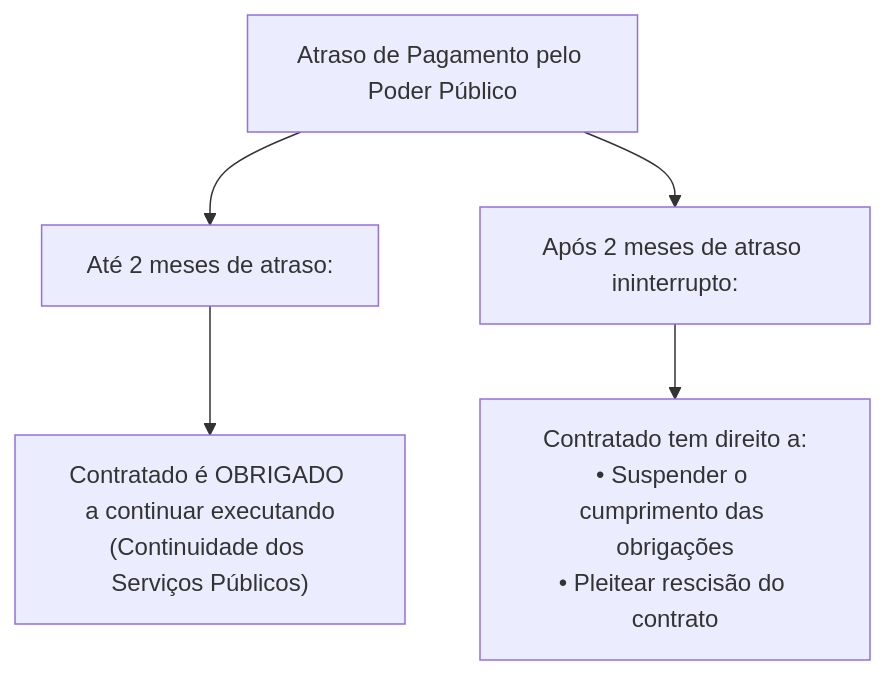
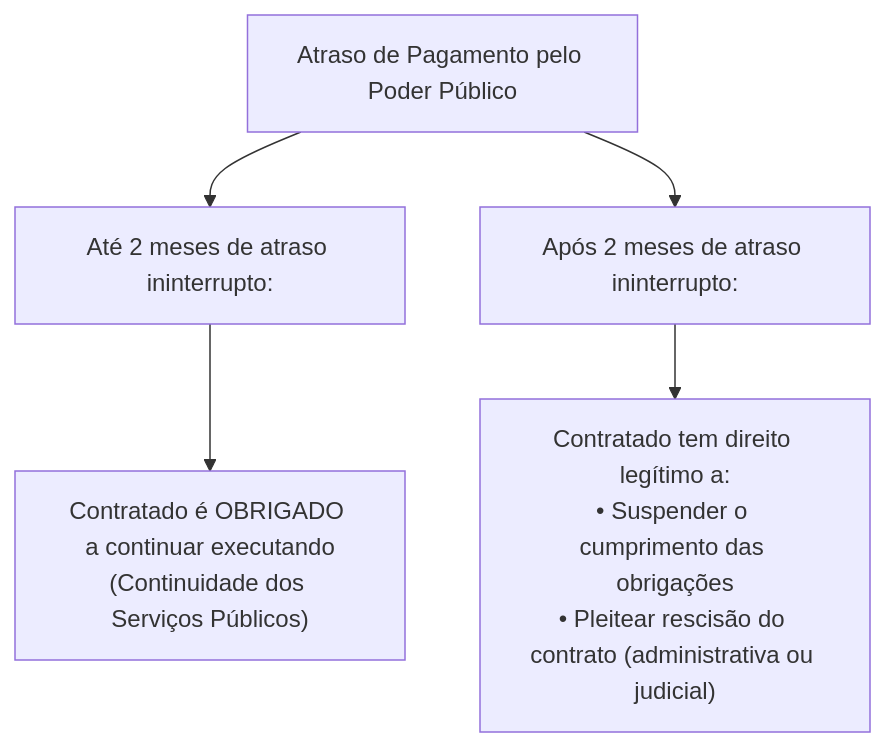
Before and after one commit to thiagosantos346/TCE-GO-2027: the first of 2 diagrams in fontes_de_estudo/conhecimentos_especificos_a01_tecnico_administrativo/16_licitacoes_e_contratos_administrativos/04_contratos_administrativos_fiscalizacao_alteracoes_e_sancoes.md, drawn with Mermaid. The commit also changed other lines of this file and 119 other files, not shown here.

````diff
--- a/fontes_de_estudo/conhecimentos_especificos_a01_tecnico_administrativo/16_licitacoes_e_contratos_administrativos/04_contratos_administrativos_fiscalizacao_alteracoes_e_sancoes.md
+++ b/fontes_de_estudo/conhecimentos_especificos_a01_tecnico_administrativo/16_licitacoes_e_contratos_administrativos/04_contratos_administrativos_fiscalizacao_alteracoes_e_sancoes.md
@@ -77,7 +71,7 @@
 ```mermaid
 flowchart TD
-    ATRASO["Atraso de Pagamento pelo Poder Público"] --> P1["Até 2 meses de atraso:"]
+    ATRASO["Atraso de Pagamento pelo Poder Público"] --> P1["Até 2 meses de atraso ininterrupto:"]
     P1 --> OBRIG["Contratado é OBRIGADO a continuar executando<br/>(Continuidade dos Serviços Públicos)"]
     ATRASO --> P2["Após 2 meses de atraso ininterrupto:"]
-    P2 --> SUSP["Contratado tem direito a:<br/>• Suspender o cumprimento das obrigações<br/>• Pleitear rescisão do contrato"]
+    P2 --> SUSP["Contratado tem direito legítimo a:<br/>• Suspender o cumprimento das obrigações<br/>• Pleitear rescisão do contrato (administrativa ou judicial)"]
 ```
````
